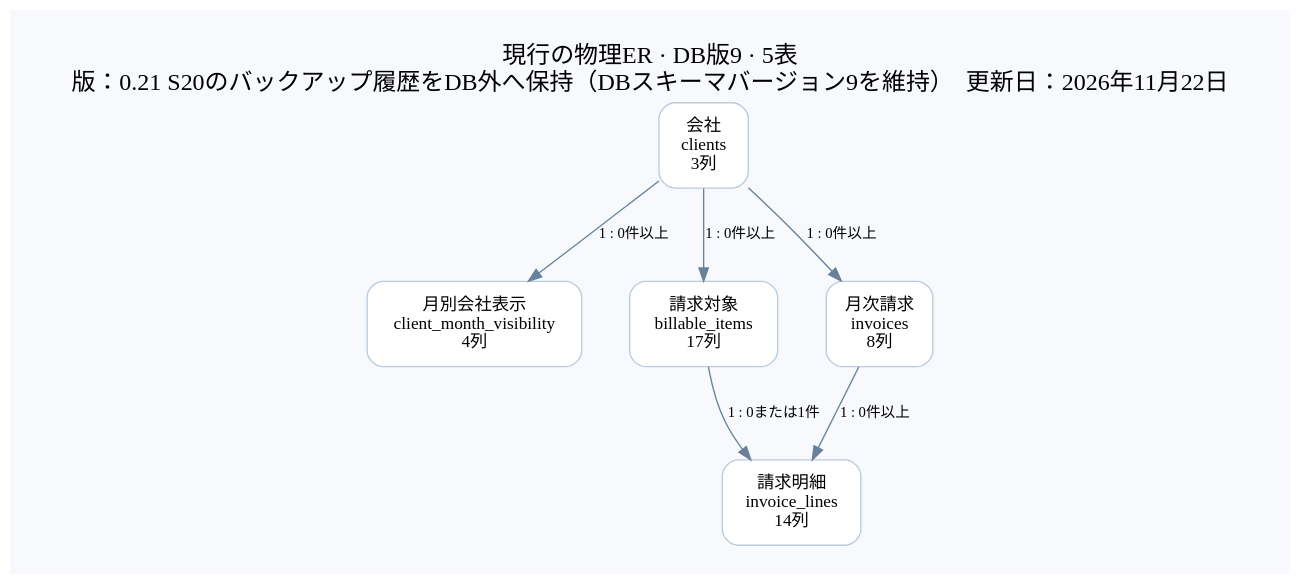
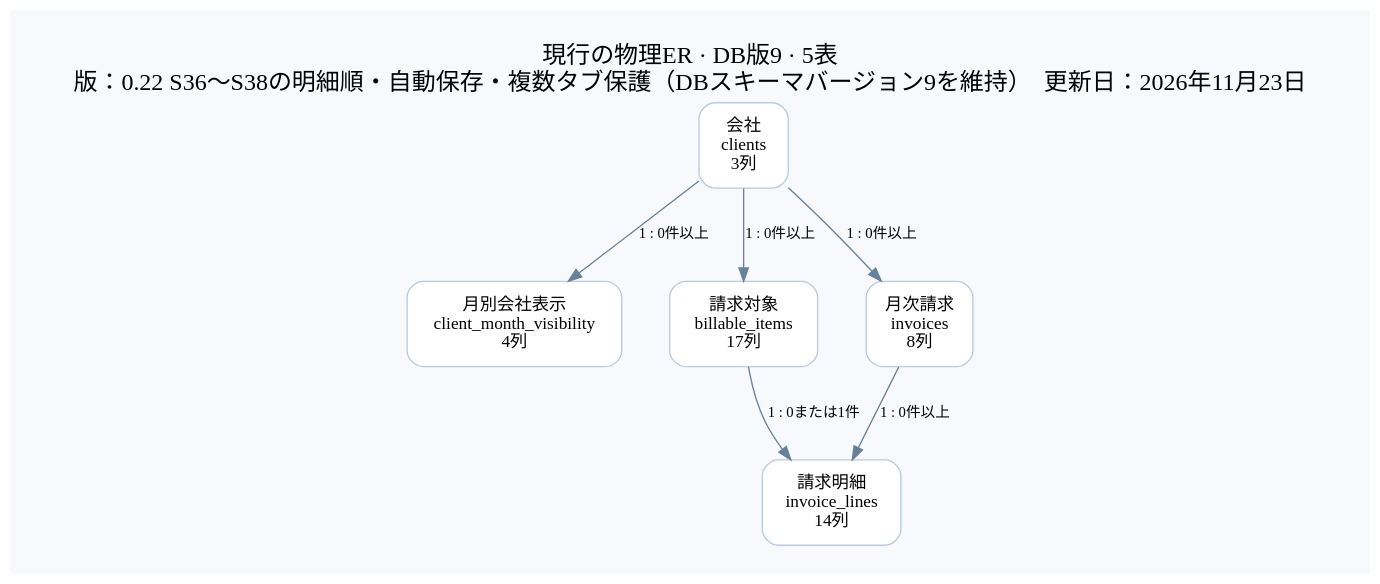
The diagram in docs/diagrams/er-overview.dot (Takashi-Fujie/Invoice_management_tool), drawn with Graphviz before and after one commit. The commit also changed 30 other files, not shown here.

```diff
--- a/docs/diagrams/er-overview.dot
+++ b/docs/diagrams/er-overview.dot
@@ -1,16 +1,16 @@
 // 生成元: docs/ER図とデータ設計.md。再生成: python3 docs/diagrams/build-er-viewer.py
 digraph ER {
-graph [rankdir=TB,bgcolor="#f7f9fc",pad="0.3",nodesep="0.5",ranksep="0.8",fontname="Hiragino Sans",fontsize=18,label="現行の物理ER · DB版9 · 5表\n版：0.21 S20のバックアップ履歴をDB外へ保持（DBスキーマバージョン9を維持）　更新日：2026年11月22日",labelloc=t];
+graph [rankdir=TB,bgcolor="#f7f9fc",pad="0.3",nodesep="0.5",ranksep="0.8",fontname="Hiragino Sans",fontsize=18,label="現行の物理ER · DB版9 · 5表\n版：0.22 S36〜S38の明細順・自動保存・複数タブ保護（DBスキーマバージョン9を維持）　更新日：2026年11月23日",labelloc=t];
 node [shape=box,style="rounded,filled",fontname="Hiragino Sans",fontsize=13,margin="0.2,0.15",color="#bacbdd",fillcolor=white];
 edge [fontname="Hiragino Sans",fontsize=11,color="#68819a"];
 client_month_visibility [label="月別会社表示\nclient_month_visibility\n4列"];
 clients [label="会社\nclients\n3列"];
 billable_items [label="請求対象\nbillable_items\n17列"];
 invoices [label="月次請求\ninvoices\n8列"];
 invoice_lines [label="請求明細\ninvoice_lines\n14列"];
 clients -> billable_items [label="1 : 0件以上"];
 clients -> invoices [label="1 : 0件以上"];
 clients -> client_month_visibility [label="1 : 0件以上"];
 invoices -> invoice_lines [label="1 : 0件以上"];
 billable_items -> invoice_lines [label="1 : 0または1件"];
 }
```
